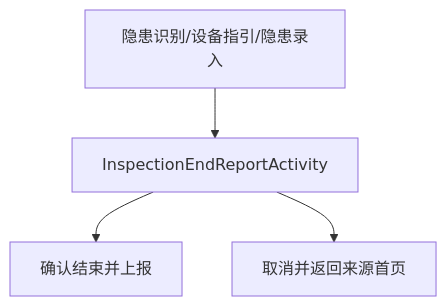
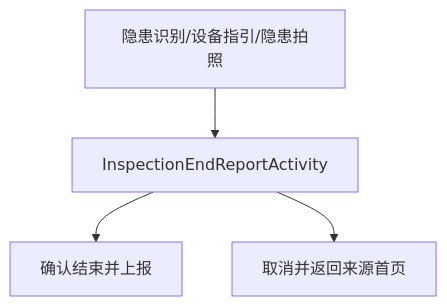
Before and after one commit to WuChaoli/HiddenRiskGlass: the diagram in docs/总体旅程图/结束巡查旅程图.md, drawn with Mermaid. The commit also changed 34 other files, not shown here.

````diff
--- a/docs/总体旅程图/结束巡查旅程图.md
+++ b/docs/总体旅程图/结束巡查旅程图.md
@@ -7,6 +7,6 @@
 ```mermaid
 flowchart TD
-    A["隐患识别/设备指引/隐患录入"] --> B["InspectionEndReportActivity"]
+    A["隐患识别/设备指引/隐患拍照"] --> B["InspectionEndReportActivity"]
     B --> C["确认结束并上报"]
     B --> D["取消并返回来源首页"]
 ```
````
